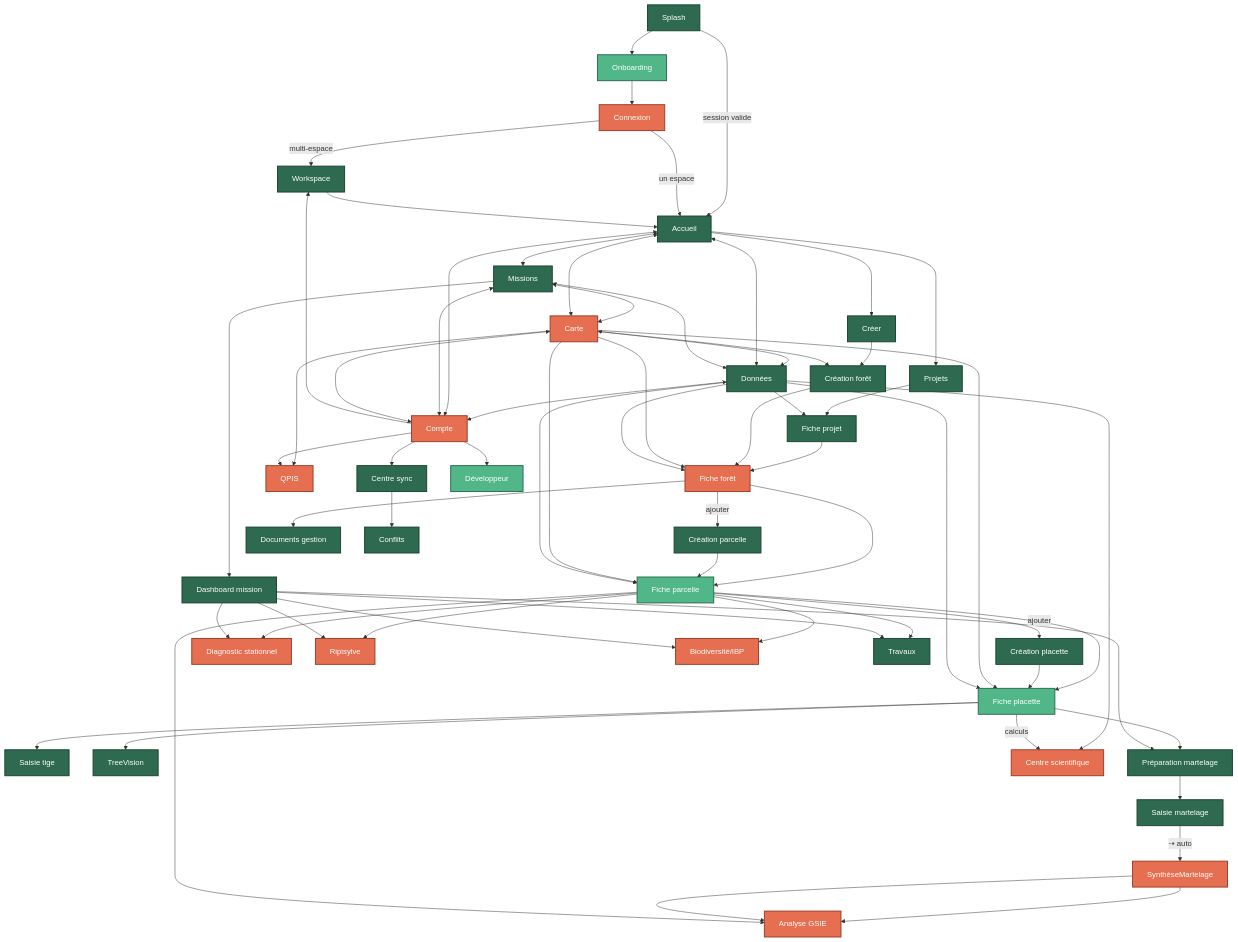
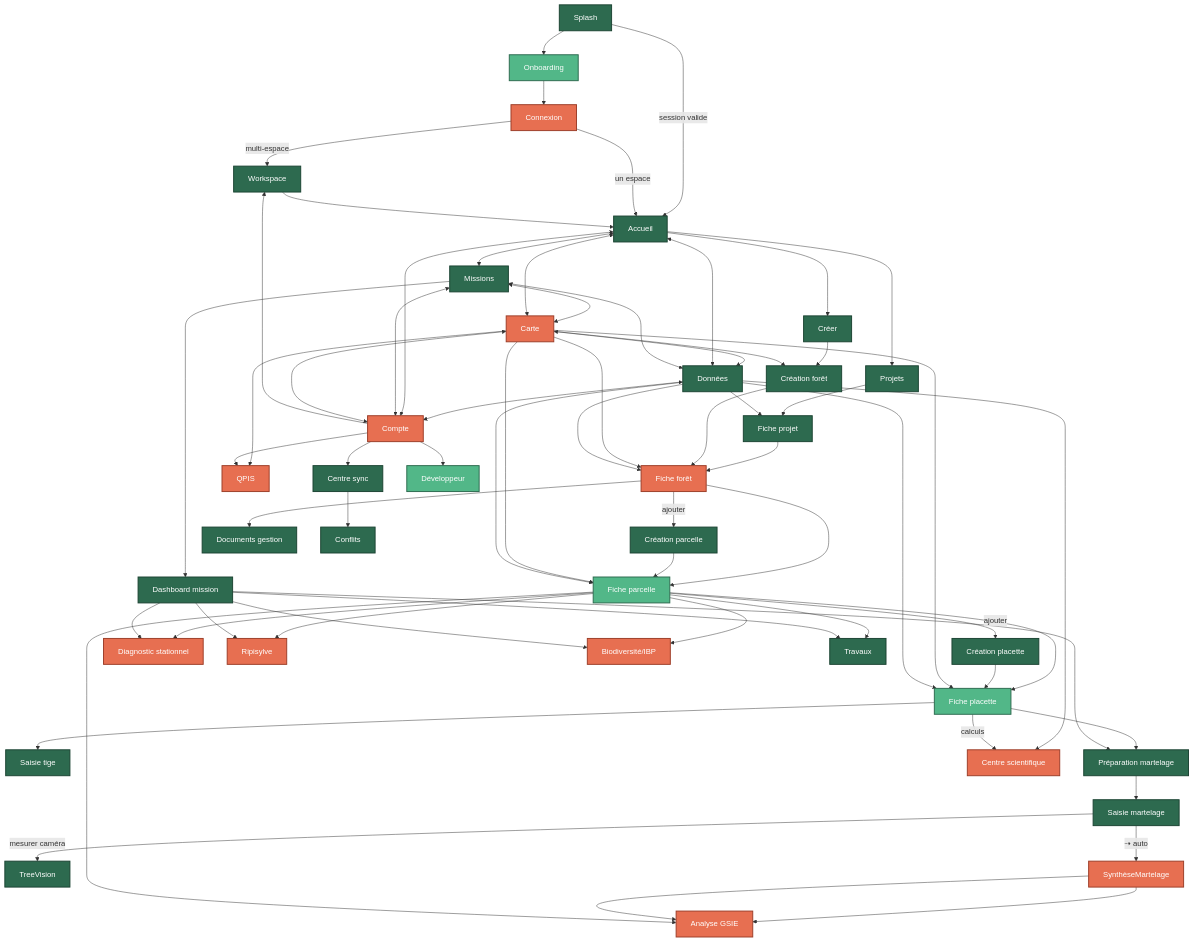
Before and after one commit to NeooeN45/GeoSylva-new: diagram 12 of 12 in docs/UI_NAVIGATION_MAP.md, drawn with Mermaid. The commit also changed other lines of this file and 2 other files, not shown here.

First line of the commit message:
fix(ui): TreeVision déplacé de Tiges vers Martelage

```diff
--- a/docs/UI_NAVIGATION_MAP.md
+++ b/docs/UI_NAVIGATION_MAP.md
@@ -505,9 +508,9 @@
 
     %% Placette → tige → martelage
     FICHE_PLACETTE --> SAISIE_TIGE["Saisie tige"]:::new
-    FICHE_PLACETTE --> TREEVISION["TreeVision"]:::new
     FICHE_PLACETTE --> PREP_MARTEL["Préparation martelage"]:::new
     PREP_MARTEL --> SAISIE_MARTEL["Saisie martelage"]:::new
+    SAISIE_MARTEL -->|mesurer caméra| TREEVISION["TreeVision"]:::new
     SAISIE_MARTEL -->|⇢ auto| SYNTHESE["SynthèseMartelage"]:::transformed
     SYNTHESE --> ANALYSE_GSIE["Analyse GSIE"]:::transformed
 
```
